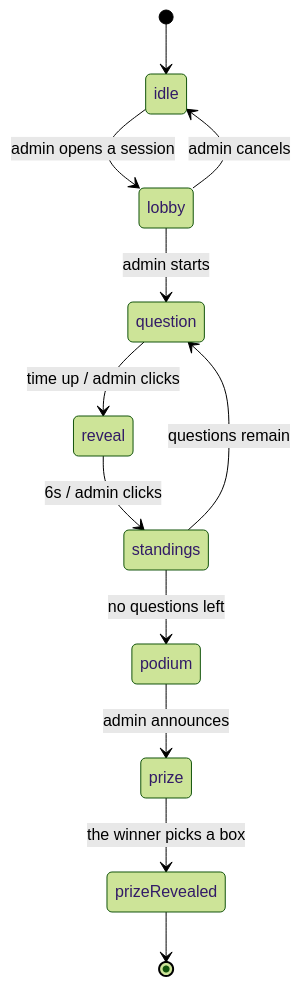
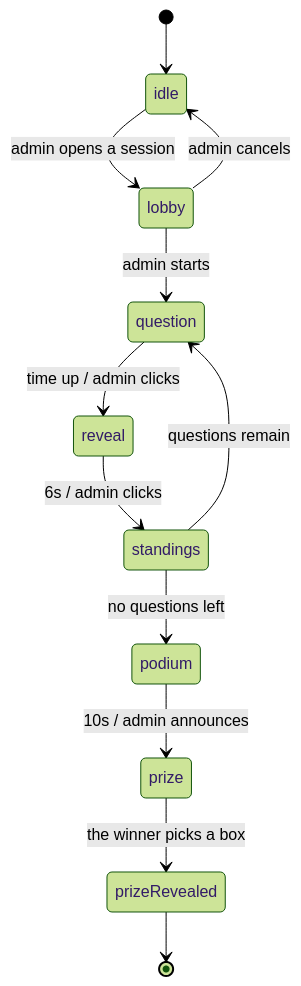
One commit to kiu-chan/open-day-quiz changed the diagram in docs/plan.md. Above: the diagram before and after it, drawn with Mermaid (forest theme). The commit also changed other lines of this file and 4 other files, not shown here.

````diff
--- a/docs/plan.md
+++ b/docs/plan.md
@@ -35,14 +35,14 @@
 ```mermaid
 stateDiagram-v2
     [*] --> idle
     idle --> lobby: admin opens a session
     lobby --> question: admin starts
     question --> reveal: time up / admin clicks
     reveal --> standings: 6s / admin clicks
     standings --> question: questions remain
     standings --> podium: no questions left
-    podium --> prize: admin announces
+    podium --> prize: 10s / admin announces
     prize --> prizeRevealed: the winner picks a box
     prizeRevealed --> [*]
     lobby --> idle: admin cancels
 ```
````
